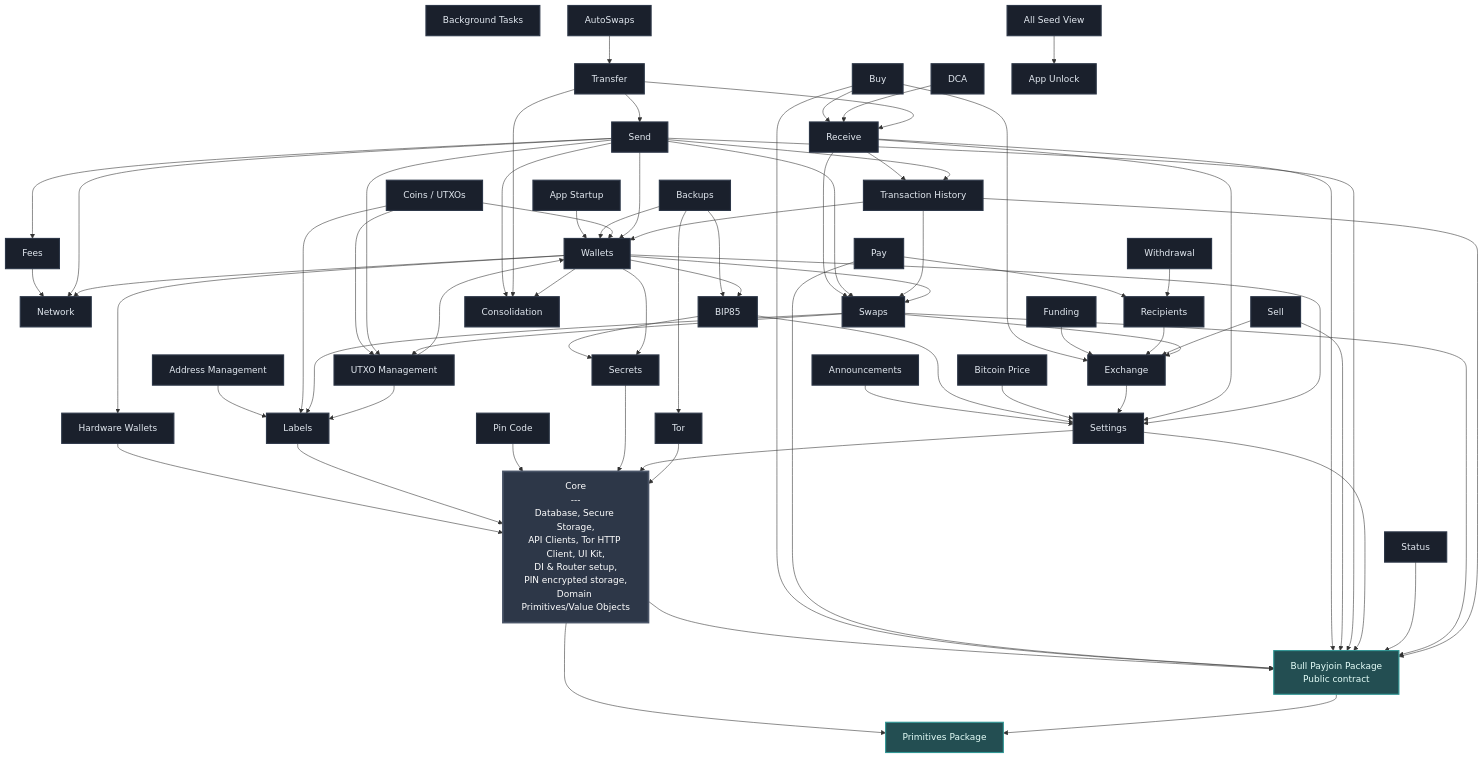
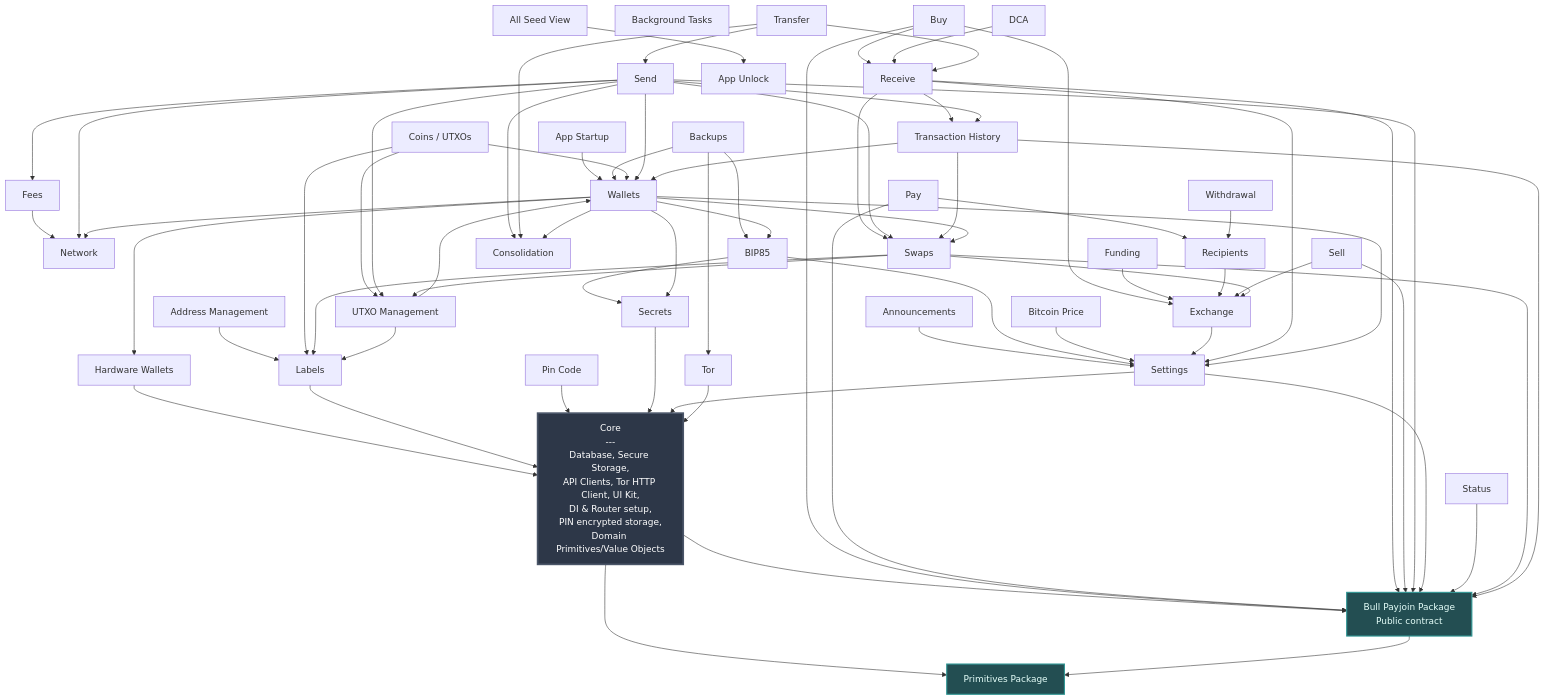
Before and after one commit to SatoshiPortal/bullbitcoin-mobile: the diagram in FEATURES.md, drawn with Mermaid. The commit also changed other lines of this file and 31 other files, not shown here.

Commit message:
fix(settings): remove the inert auto-swap feature

````diff
--- a/FEATURES.md
+++ b/FEATURES.md
@@ -40,7 +40,6 @@
     TRANSFER[Transfer]
     TX_HISTORY[Transaction History]
     BG_TASKS[Background Tasks]
-    AUTOSWAPS[AutoSwaps]
     DCA[DCA]
     SELL[Sell]
     PAY[Pay]
@@ -64,7 +63,6 @@
     ALL_SEED_VIEW --> APP_UNLOCK
     ANNOUNCEMENTS --> SETTINGS
     APP_STARTUP --> WALLETS
-    AUTOSWAPS --> TRANSFER
     BIP85 --> SECRETS
     BIP85 --> SETTINGS
     BACKUPS --> BIP85
@@ -134,5 +132,4 @@
 
     class CORE coreStyle
     class PRIMITIVES,BULL_PAYJOIN packageStyle
-    class SETTINGS,TOR,PIN_CODE,LABELS,SECRETS,HW_WALLETS,BTC_PRICE,NETWORK,BIP85,FEES,WALLETS,EXCHANGE,APP_STARTUP,UTXO_MGMT,ADDRESS_MGMT,RECIPIENTS,FUNDING,BACKUPS,SWAPS,WITHDRAWAL,STATUS,SEND,RECEIVE,TRANSFER,TX_HISTORY,BG_TASKS,AUTOSWAPS,DCA,SELL,PAY,BUY,COINS,ANNOUNCEMENTS,CONSOLIDATION,ALL_SEED_VIEW,APP_UNLOCK featureStyle
 ```
````
